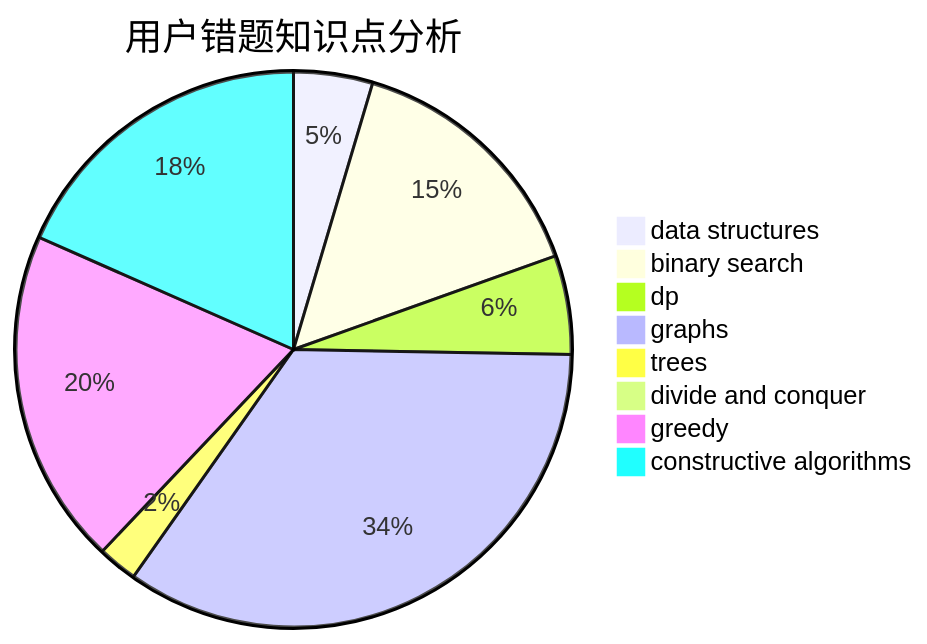
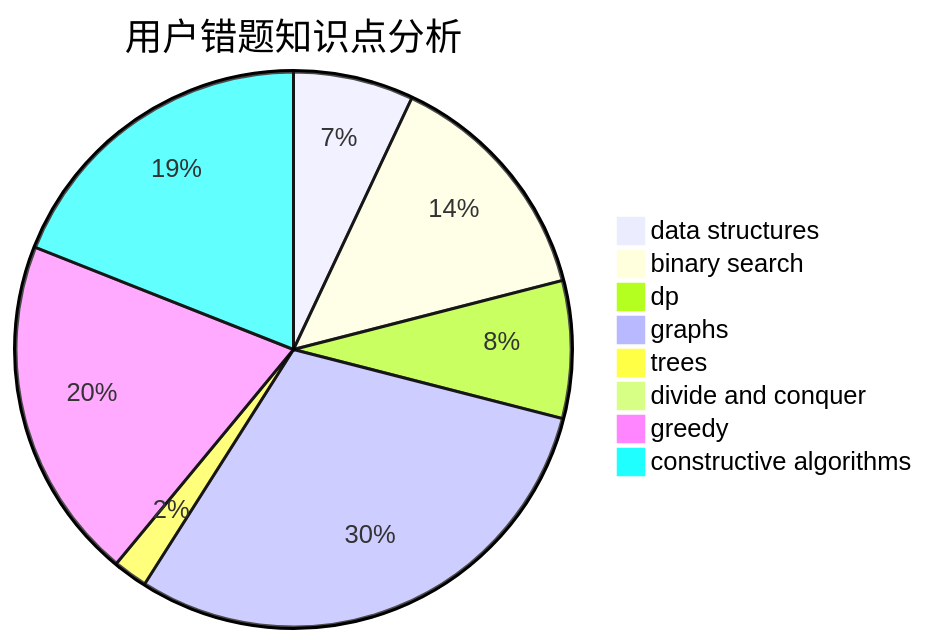
The third of 3 diagrams in docs/user/u2143.md (sherpahu/cfrs.github.io), drawn with Mermaid before and after one commit. The commit also changed other lines of this file and 2770 other files, not shown here.

````diff
--- a/docs/user/u2143.md
+++ b/docs/user/u2143.md
@@ -36,11 +36,11 @@
 ```mermaid
 pie title 用户错题知识点分析
-    "data structures" :  4
-    "binary search" :  13
-    "dp" :  5
+    "data structures" :  7
+    "binary search" :  14
+    "dp" :  8
     "graphs" :  30
     "trees" :  2
     "divide and conquer" :  0
-    "greedy" :  17
-    "constructive algorithms" :  16
+    "greedy" :  20
+    "constructive algorithms" :  19
 ```
````
